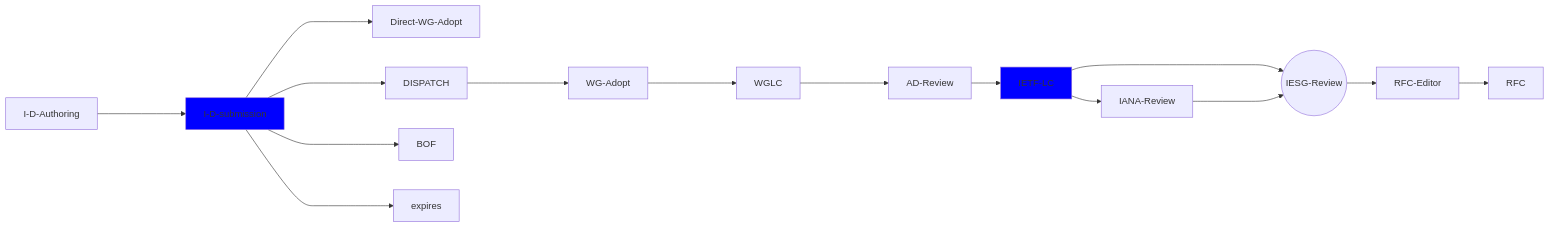
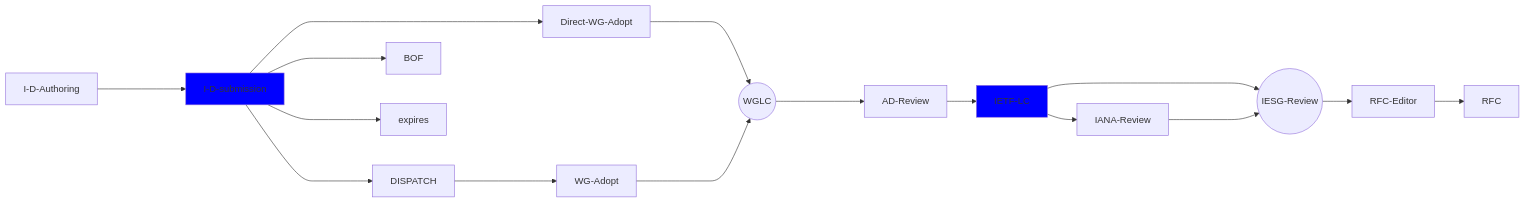
One commit to ghwood/ietf-i-d-process changed the diagram in index.md. Above: the diagram before and after it, drawn with Mermaid.

````diff
--- a/index.md
+++ b/index.md
@@ -16,26 +16,27 @@
 ```mermaid
 graph LR
     classDef I-D-Authoring fill:orange
     classDef lastIETF fill:blue
     classDef I-D-submit fill:blue
     
     I-D-Authoring ----> I-D-submission
     class I-D-submission I-D-submit
     I-D-submission ----> Direct-WG-Adopt
     I-D-submission ----> DISPATCH
     I-D-submission ----> BOF
     I-D-submission ----> expires
+    Direct-WG-Adopt ----> WGLC((WGLC))
     DISPATCH ----> WG-Adopt
     WG-Adopt ----> WGLC
     WGLC ----> AD-Review
     AD-Review --> IETF-LC
     class IETF-LC lastIETF
     IETF-LC --> IANA-Review 
     IETF-LC ----> IESG-Review((IESG-Review))
     class IESG-Review current
     IANA-Review ----> IESG-Review
     IESG-Review --> RFC-Editor
     RFC-Editor --> RFC
 
 
 ```
````
